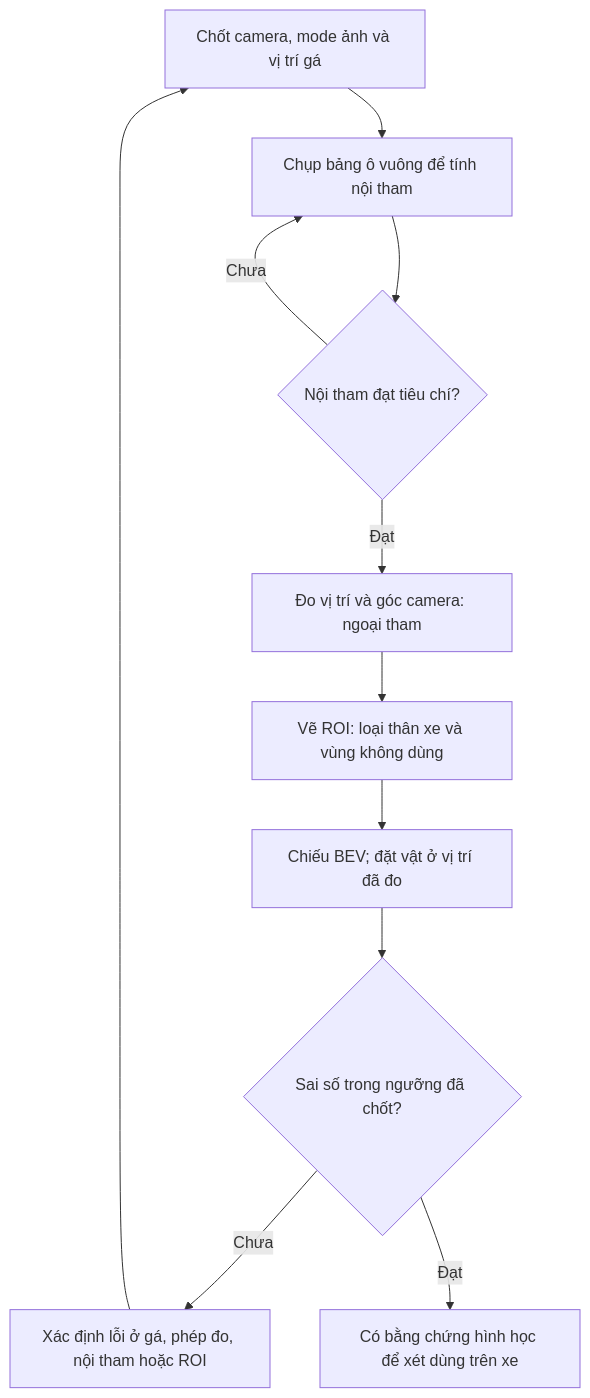
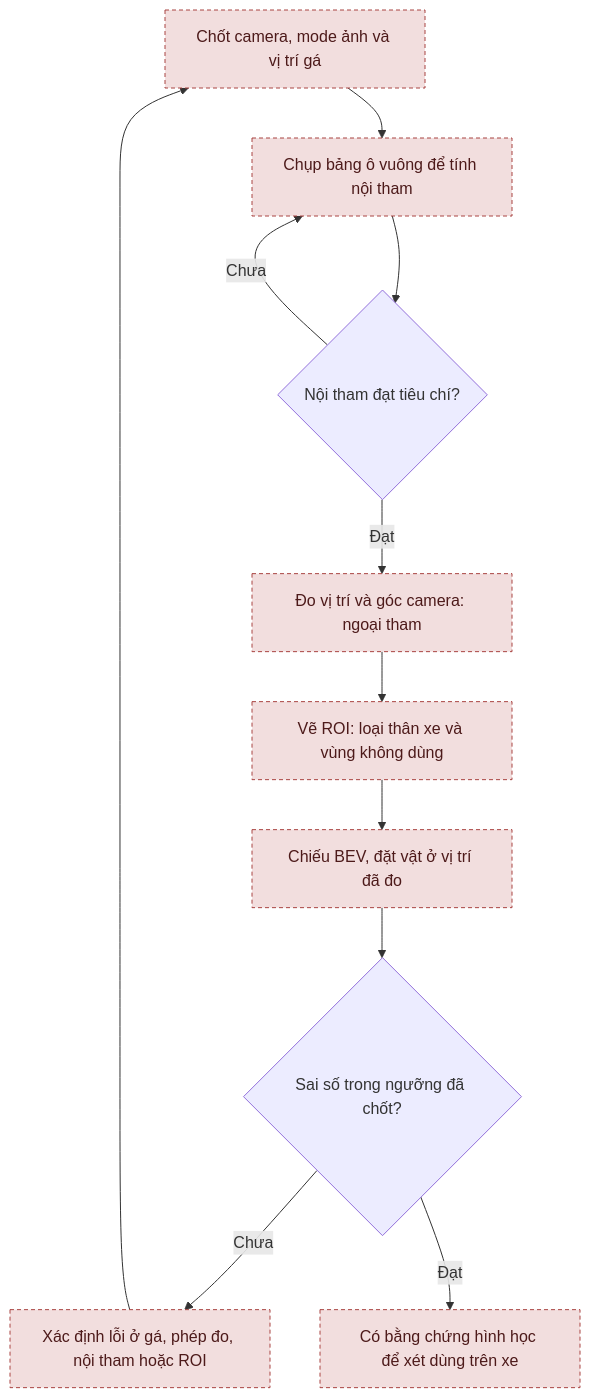
Before and after one commit to thbn12082/autopark: the third of 5 diagrams in TONG_HOP_DU_AN.md, drawn with Mermaid. The commit also changed other lines of this file and 55 other files, not shown here.

````diff
--- a/TONG_HOP_DU_AN.md
+++ b/TONG_HOP_DU_AN.md
@@ -135,13 +213,17 @@
 ```mermaid
 flowchart TD
     A["Chốt camera, mode ảnh và vị trí gá"] --> B["Chụp bảng ô vuông để tính nội tham"]
     B --> C{"Nội tham đạt tiêu chí?"}
     C -->|Chưa| B
     C -->|Đạt| D["Đo vị trí và góc camera: ngoại tham"]
     D --> E["Vẽ ROI: loại thân xe và vùng không dùng"]
-    E --> F["Chiếu BEV; đặt vật ở vị trí đã đo"]
+    E --> F["Chiếu BEV, đặt vật ở vị trí đã đo"]
     F --> G{"Sai số trong ngưỡng đã chốt?"}
     G -->|Chưa| H["Xác định lỗi ở gá, phép đo, nội tham hoặc ROI"]
     H --> A
     G -->|Đạt| I["Có bằng chứng hình học để xét dùng trên xe"]
+    classDef daco fill:#dff0d8,stroke:#3c763d,color:#1b3a1b
+    classDef giaLap fill:#fcf8e3,stroke:#8a6d3b,color:#4d3b12
+    classDef chuaLam fill:#f2dede,stroke:#a94442,color:#4d1a1a,stroke-dasharray: 4 3
+    class A,B,D,E,F,H,I chuaLam
 ```
````
